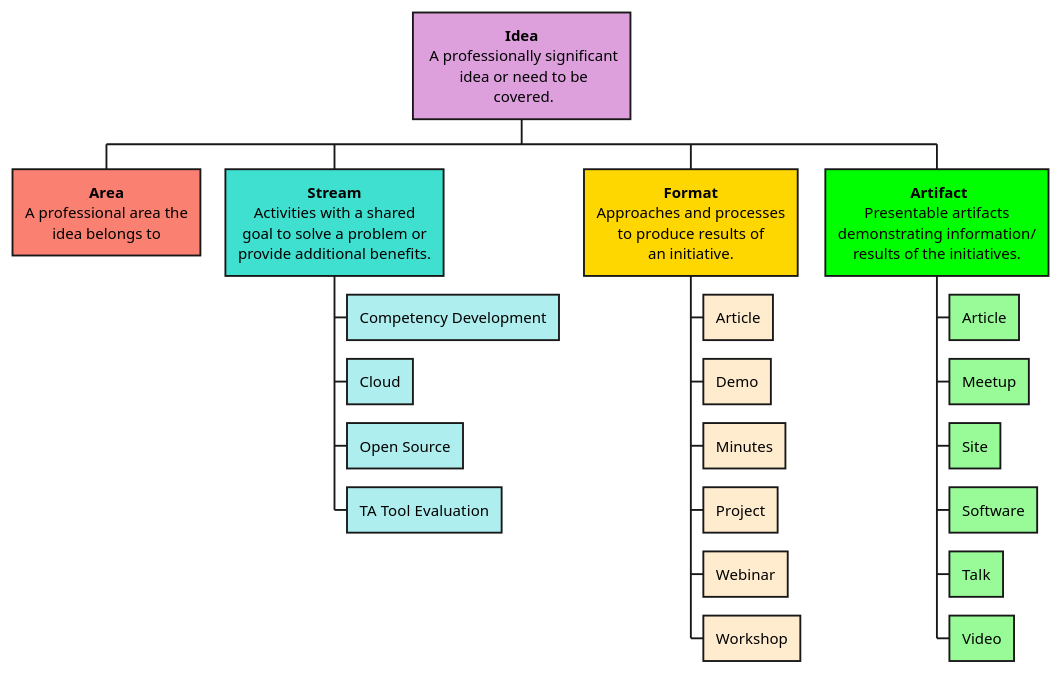
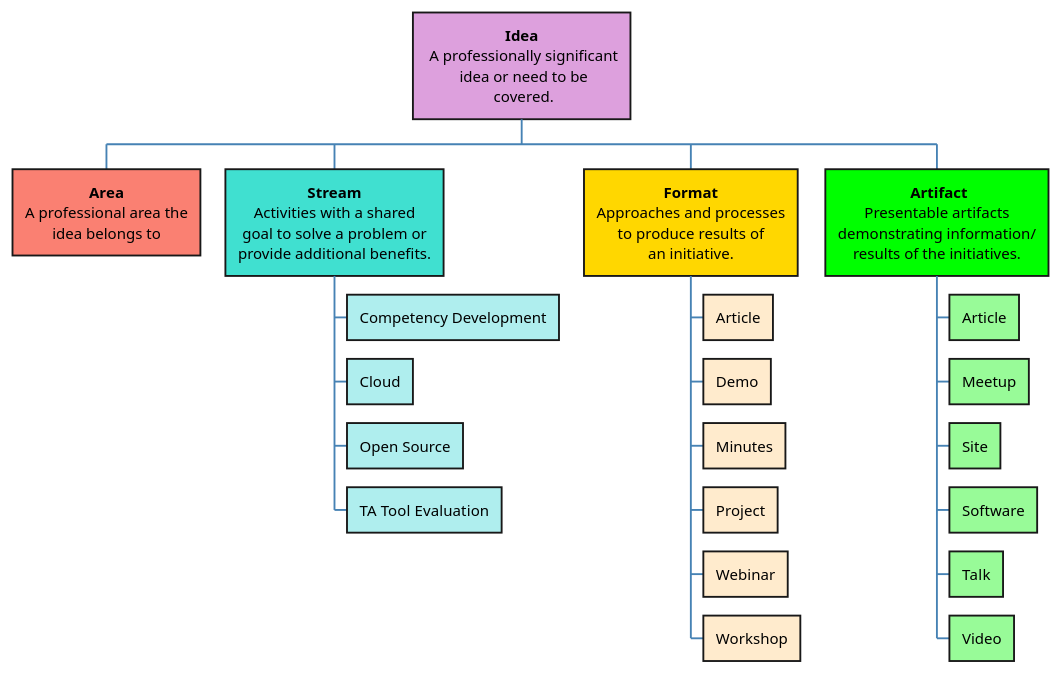
One commit to Idea-Pool/topics changed the diagram in docs/uml/value_stream_v2.puml. Above: the diagram before and after it, drawn with PlantUML. The commit also changed 3 other files, not shown here.

Commit message:
Updated value stream diagram

```diff
--- a/docs/uml/value_stream_v2.puml
+++ b/docs/uml/value_stream_v2.puml
@@ -1,48 +1,52 @@
 @startwbs Idea Pool Value Stream
 skinparam defaultTextAlignment center
 skinparam backgroundColor transparent
+skinparam arrow {
+    Color SteelBlue
+    FontColor SteelBlue
+}
 
 +[#Plum]:**Idea**
  A professionally significant
  idea or need to be
  covered.;
 
 ++[#Salmon]:**Area**
 A professional area the
 idea belongs to;
 
 ++[#Turquoise]:**Stream**
 Activities with a shared
 goal to solve a problem or
 provide additional benefits.;
 
 +++[#PaleTurquoise] Competency Development
 +++[#PaleTurquoise] Cloud
 +++[#PaleTurquoise] Open Source
 +++[#PaleTurquoise] TA Tool Evaluation
 
 ++[#Gold]:**Format**
 Approaches and processes
 to produce results of
 an initiative.;
 
 +++[#BlanchedAlmond] Article
 +++[#BlanchedAlmond] Demo
 +++[#BlanchedAlmond] Minutes
 +++[#BlanchedAlmond] Project
 +++[#BlanchedAlmond] Webinar
 +++[#BlanchedAlmond] Workshop
 
 ++[#Lime]: **Artifact**
 Presentable artifacts
 demonstrating information/
 results of the initiatives.;
 
 +++[#PaleGreen] Article
 +++[#PaleGreen] Meetup
 +++[#PaleGreen] Site
 +++[#PaleGreen] Software
 +++[#PaleGreen] Talk
 +++[#PaleGreen] Video
 
 @endwbs
```
